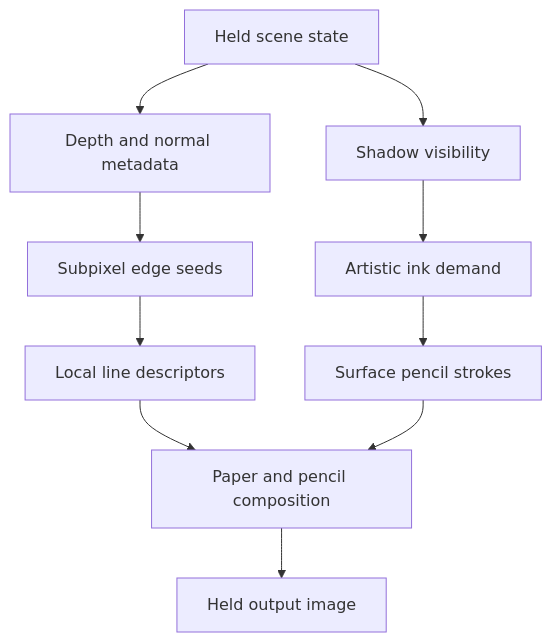
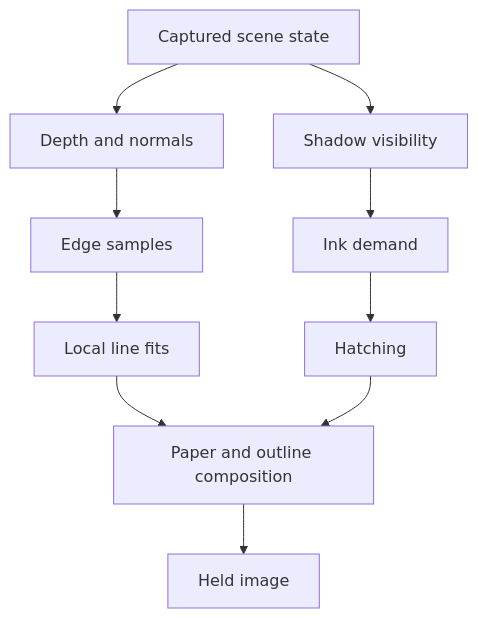
One commit to otdavies/sketchy changed the diagram in docs/pipeline.md. Above: the diagram before and after it, drawn with Mermaid. The commit also changed other lines of this file and 19 other files, not shown here.

````diff
--- a/docs/pipeline.md
+++ b/docs/pipeline.md
@@ -5,12 +5,12 @@
 ```mermaid
 flowchart TD
-    State[Held scene state] --> Depth[Depth and normal metadata]
+    State[Captured scene state] --> Depth[Depth and normals]
     State --> Shadow[Shadow visibility]
-    Depth --> Seeds[Subpixel edge seeds]
-    Seeds --> Fit[Local line descriptors]
-    Shadow --> Tone[Artistic ink demand]
-    Tone --> Hatch[Surface pencil strokes]
-    Fit --> Compose[Paper and pencil composition]
+    Depth --> Seeds[Edge samples]
+    Seeds --> Fit[Local line fits]
+    Shadow --> Tone[Ink demand]
+    Tone --> Hatch[Hatching]
+    Fit --> Compose[Paper and outline composition]
     Hatch --> Compose
-    Compose --> Hold[Held output image]
+    Compose --> Hold[Held image]
 ```
````
